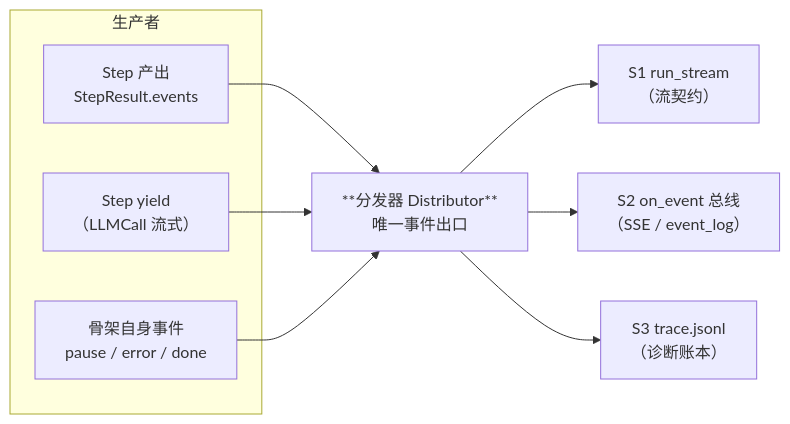
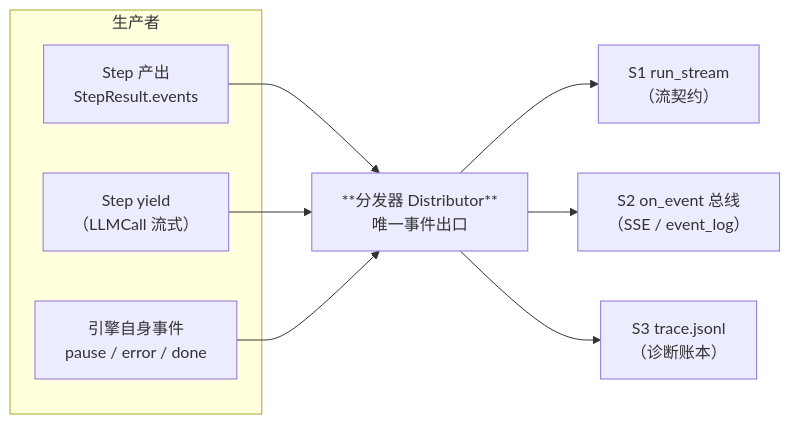
One commit to sn0wfree/AgentNodes changed the third of 7 diagrams in docs/design/loop-final-design-20261112.md. Above: the diagram before and after it, drawn with Mermaid. The commit also changed other lines of this file and 19 other files, not shown here.

````diff
--- a/docs/design/loop-final-design-20261112.md
+++ b/docs/design/loop-final-design-20261112.md
@@ -320,16 +320,16 @@
 ```mermaid
 flowchart LR
     subgraph 生产者
         S1["Step 产出<br/>StepResult.events"]
         S2["Step yield<br/>（LLMCall 流式）"]
-        S3["骨架自身事件<br/>pause / error / done"]
+        S3["引擎自身事件<br/>pause / error / done"]
     end
 
     S1 --> D["**分发器 Distributor**<br/>唯一事件出口"]
     S2 --> D
     S3 --> D
 
     D --> C1["S1 run_stream<br/>（流契约）"]
     D --> C2["S2 on_event 总线<br/>（SSE / event_log）"]
     D --> C3["S3 trace.jsonl<br/>（诊断账本）"]
 ```
````
